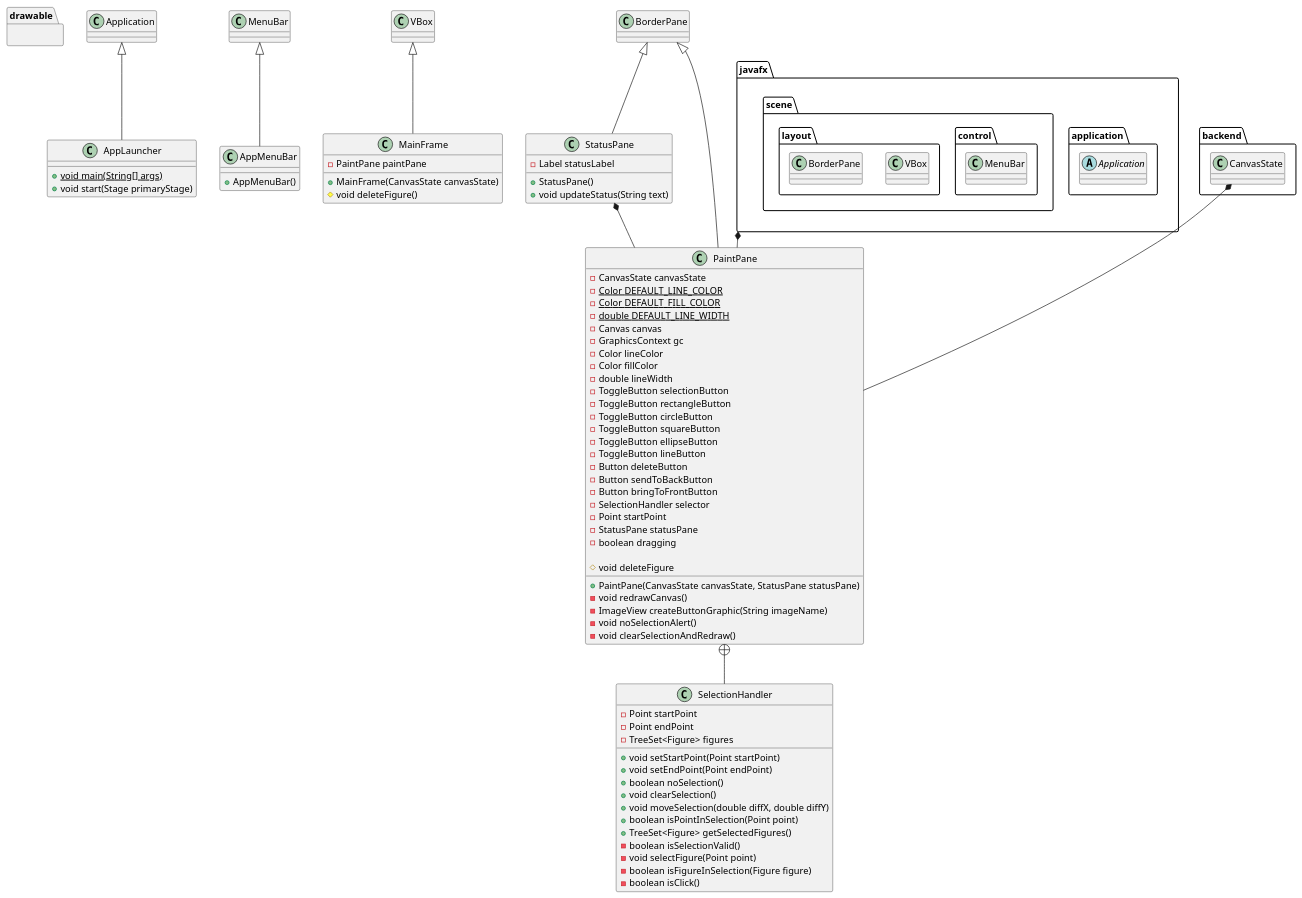
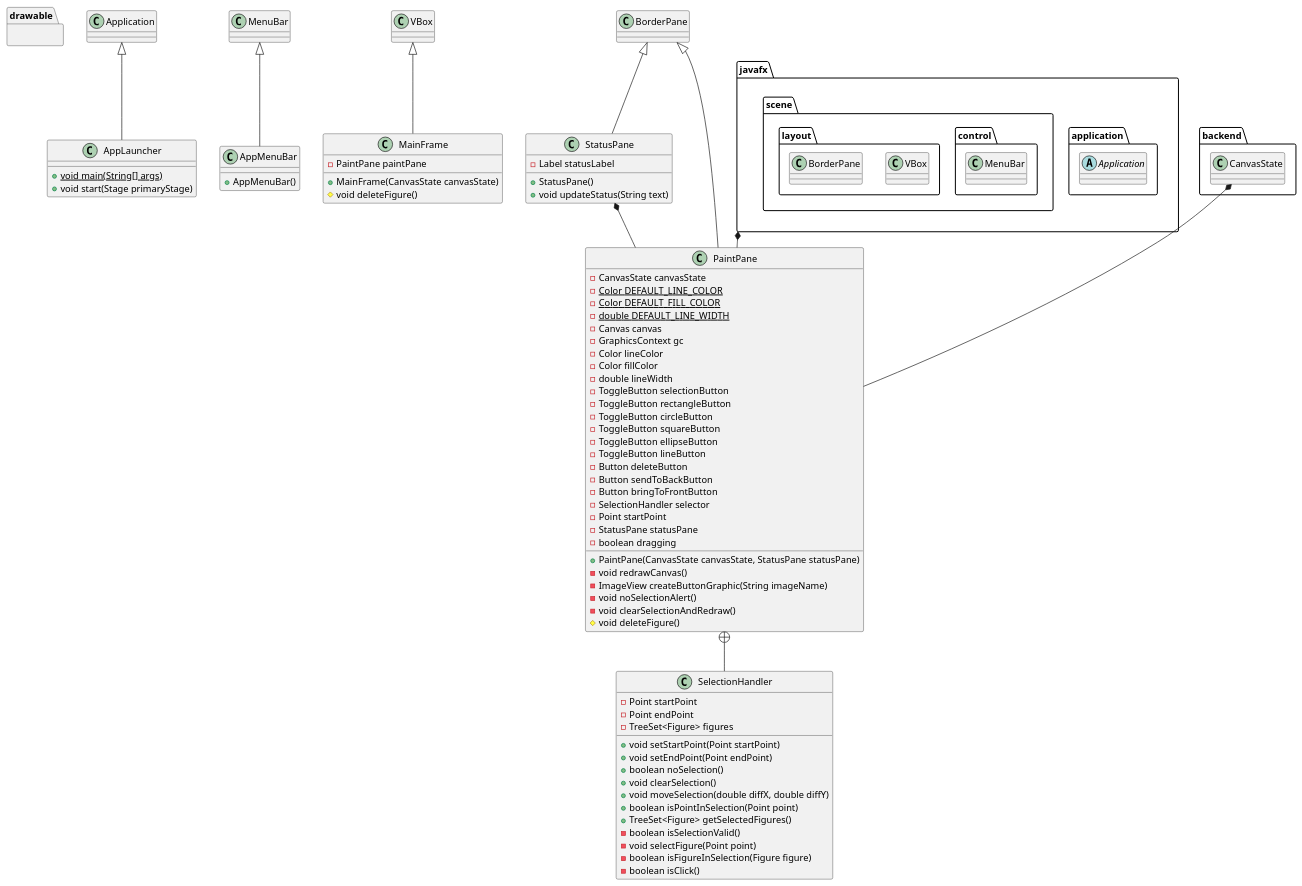
Before and after one commit to alejofl/java-paint: the diagram in src/uml/frontendUML.puml, drawn with PlantUML. The commit also changed 2 other files, not shown here.

```diff
--- a/src/uml/frontendUML.puml
+++ b/src/uml/frontendUML.puml
@@ -1,104 +1,104 @@
 @startuml
 'https://plantuml.com/class-diagram
 
 package drawable {
 }
 
 package javafx {
     package application {
         abstract class Application
     }
     package scene {
         package control {
             class MenuBar
         }
         package layout {
             class VBox
             class BorderPane
         }
     }
 }
 
 class AppLauncher extends Application {
     + {static} void main(String[] args)
     + void start(Stage primaryStage)
 }
 
 class AppMenuBar extends MenuBar {
     + AppMenuBar()
 }
 
 class MainFrame extends VBox {
     - PaintPane paintPane
 
     + MainFrame(CanvasState canvasState)
     # void deleteFigure()
 }
 
 class StatusPane extends BorderPane {
     - Label statusLabel
 
     + StatusPane()
     + void updateStatus(String text)
 }
 
 package backend {
     class CanvasState
 }
 
 class PaintPane extends BorderPane {
     - CanvasState canvasState
     - {static} Color DEFAULT_LINE_COLOR
     - {static} Color DEFAULT_FILL_COLOR
     - {static} double DEFAULT_LINE_WIDTH
     - Canvas canvas
     - GraphicsContext gc
     - Color lineColor
     - Color fillColor
     - double lineWidth
     - ToggleButton selectionButton
     - ToggleButton rectangleButton
     - ToggleButton circleButton
     - ToggleButton squareButton
     - ToggleButton ellipseButton
     - ToggleButton lineButton
     - Button deleteButton
     - Button sendToBackButton
     - Button bringToFrontButton
     - SelectionHandler selector
     - Point startPoint
     - StatusPane statusPane
     - boolean dragging
 
     + PaintPane(CanvasState canvasState, StatusPane statusPane)
     - void redrawCanvas()
     - ImageView createButtonGraphic(String imageName)
     - void noSelectionAlert()
     - void clearSelectionAndRedraw()
-    # void deleteFigure
+    # void deleteFigure()
 }
 
 class SelectionHandler {
     - Point startPoint
     - Point endPoint
     - TreeSet<Figure> figures
 
     + void setStartPoint(Point startPoint)
     + void setEndPoint(Point endPoint)
     + boolean noSelection()
     + void clearSelection()
     + void moveSelection(double diffX, double diffY)
     + boolean isPointInSelection(Point point)
     + TreeSet<Figure> getSelectedFigures()
     - boolean isSelectionValid()
     - void selectFigure(Point point)
     - boolean isFigureInSelection(Figure figure)
     - boolean isClick()
 }
 
 CanvasState *-- PaintPane
 StatusPane *-- PaintPane
 PaintPane +-- SelectionHandler
 javafx *-- PaintPane
 
 @enduml
```
